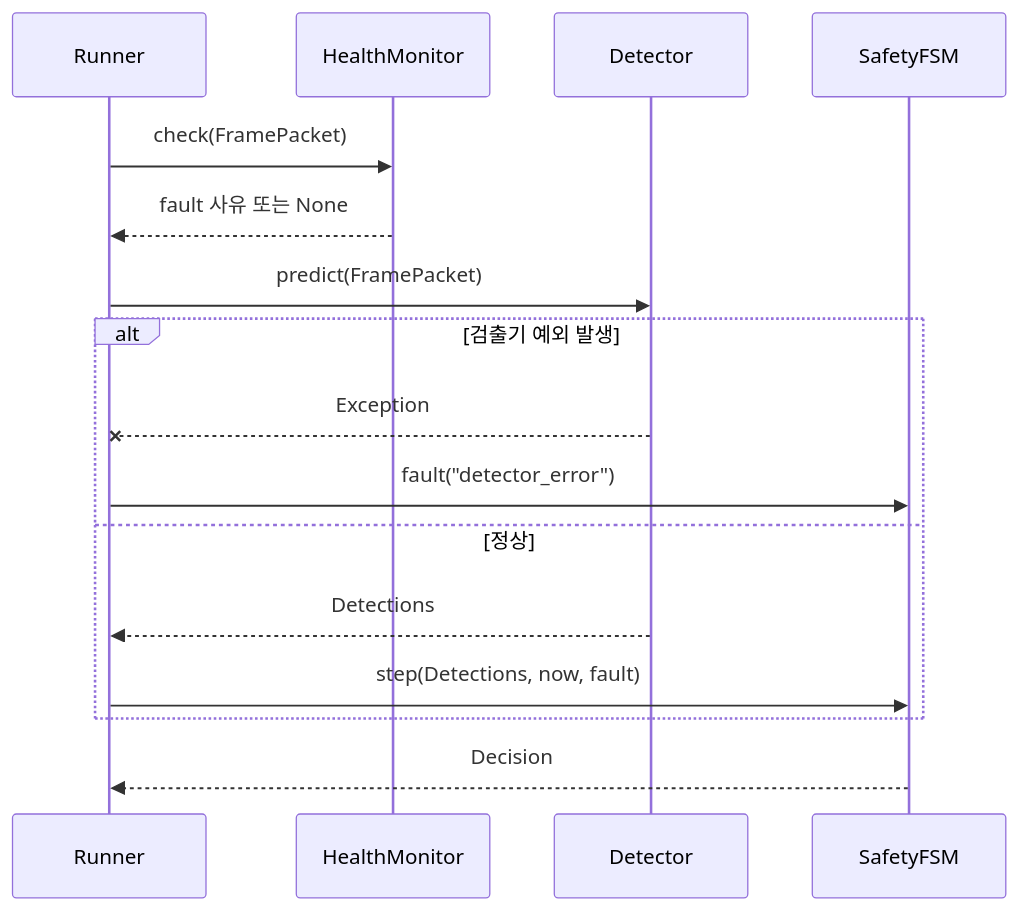
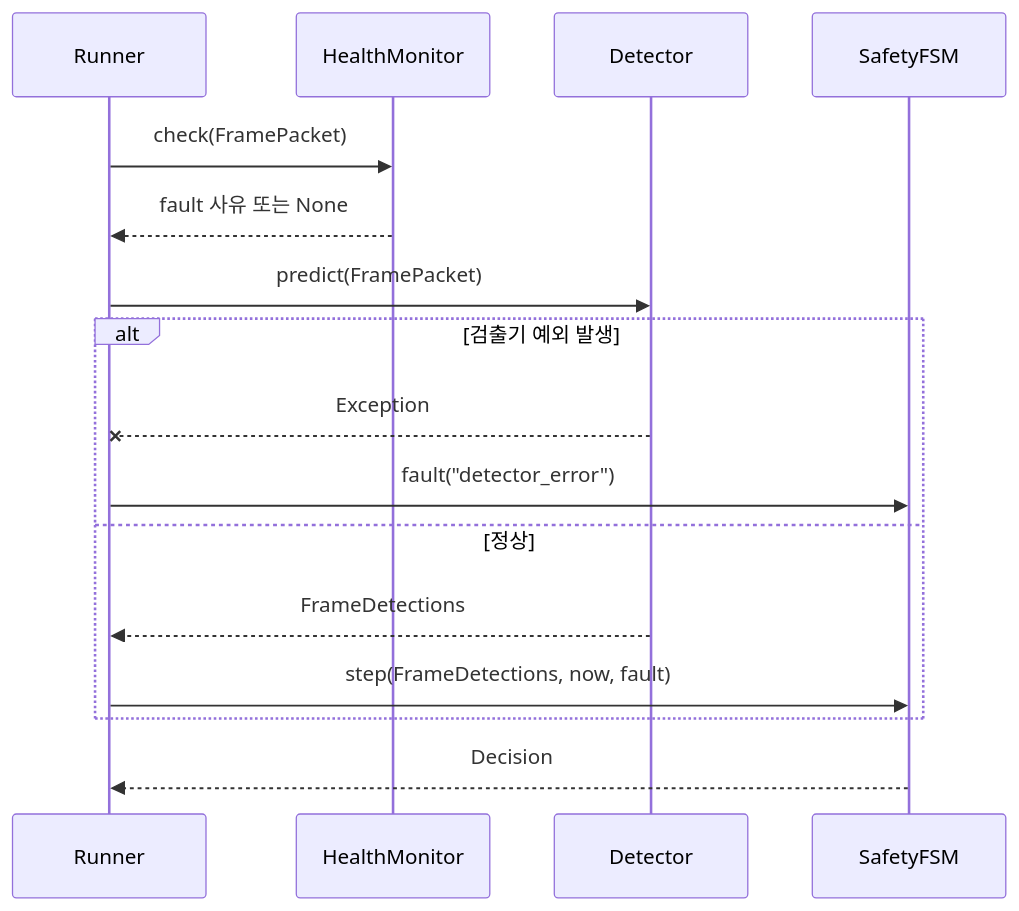
Before and after one commit to largeblueberry/MockOndeviceProject: the fifth of 7 diagrams in docs/CODE_GUIDE.md, drawn with Mermaid. The commit also changed other lines of this file and 38 other files, not shown here.

````diff
--- a/docs/CODE_GUIDE.md
+++ b/docs/CODE_GUIDE.md
@@ -263,19 +265,19 @@
 ```mermaid
 sequenceDiagram
     participant RN as Runner
     participant HM as HealthMonitor
     participant DT as Detector
     participant FS as SafetyFSM
 
     RN->>HM: check(FramePacket)
     HM-->>RN: fault 사유 또는 None
     RN->>DT: predict(FramePacket)
     alt 검출기 예외 발생
         DT--xRN: Exception
         RN->>FS: fault("detector_error")
     else 정상
-        DT-->>RN: Detections
-        RN->>FS: step(Detections, now, fault)
+        DT-->>RN: FrameDetections
+        RN->>FS: step(FrameDetections, now, fault)
     end
     FS-->>RN: Decision
 ```
````
